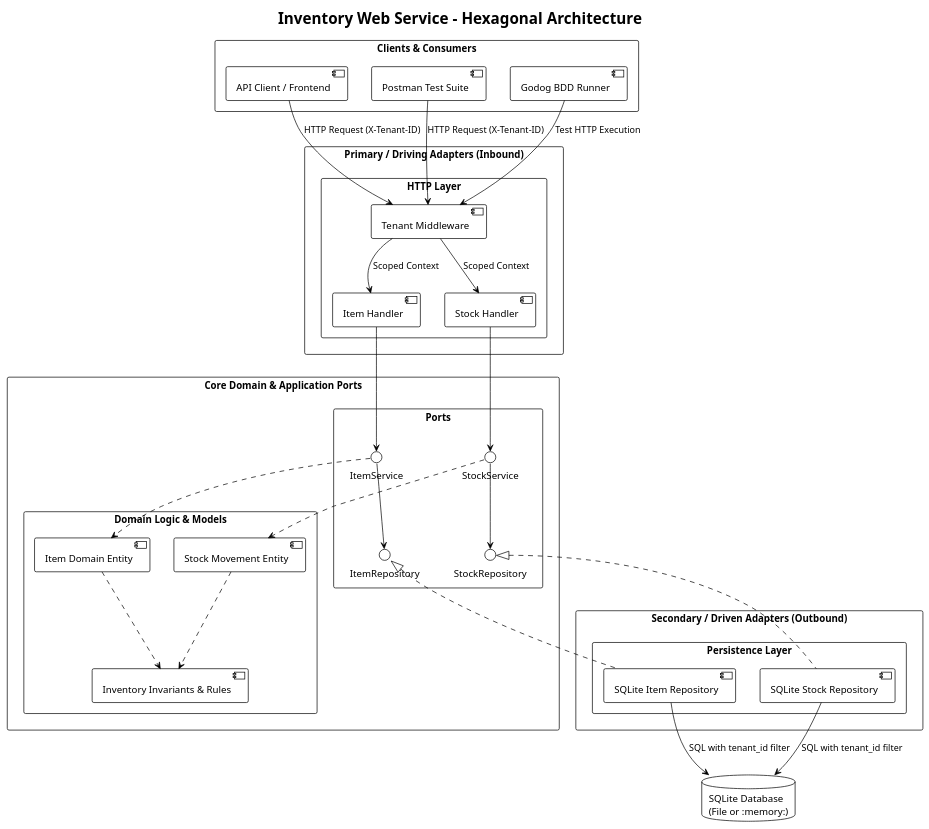
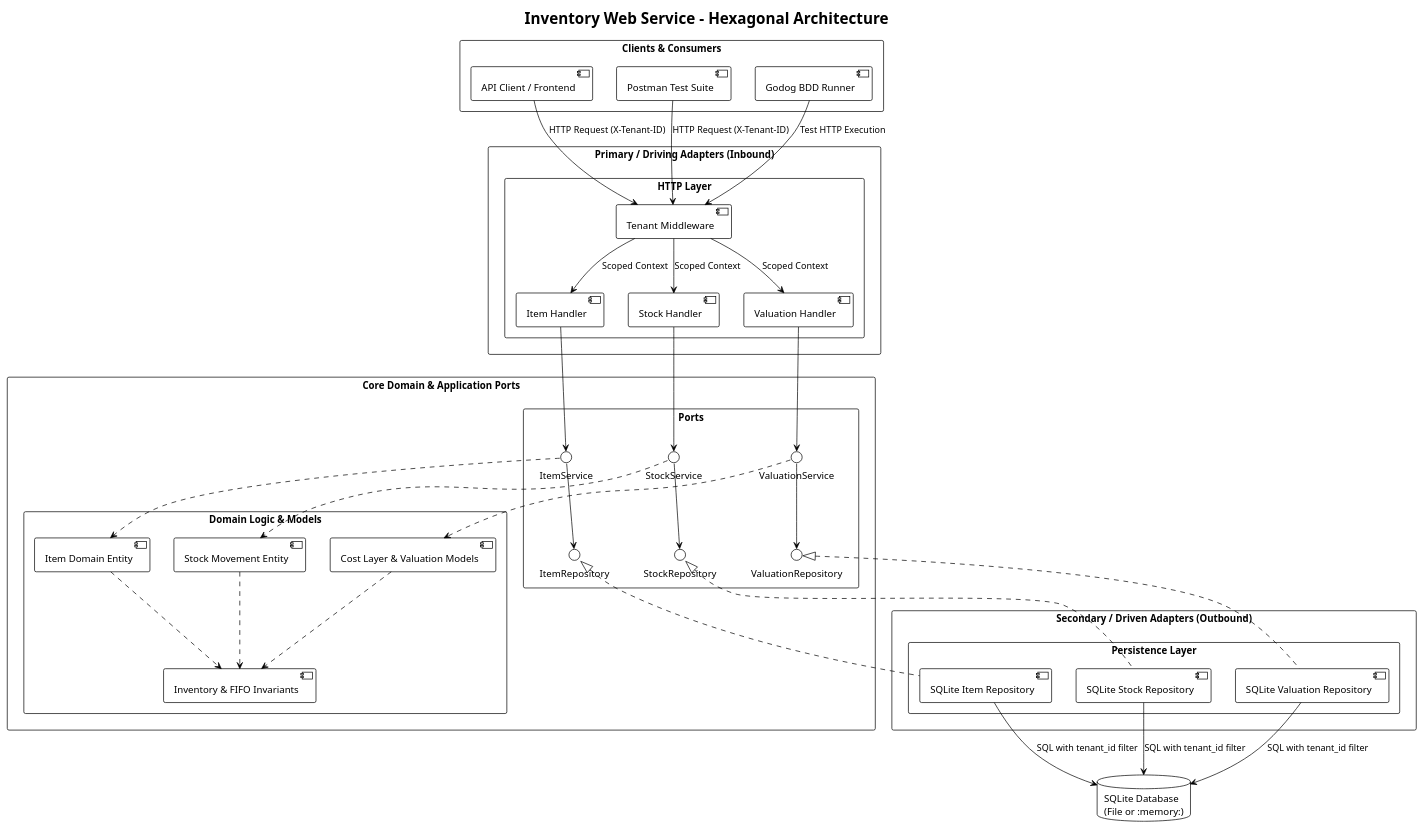
The diagram in documents/diagrams/architecture.puml (ari-fikri/inventory), drawn with PlantUML before and after one commit. The commit also changed 1 other file, not shown here.

Commit message:
docs(diagrams): update architecture and sequence diagrams with valuation engine and COGS flows

```diff
--- a/documents/diagrams/architecture.puml
+++ b/documents/diagrams/architecture.puml
@@ -1,70 +1,82 @@
 @startuml architecture
 !theme plain
 skinparam componentStyle uml2
 skinparam packageStyle rectangle
 
 title Inventory Web Service - Hexagonal Architecture
 
 package "Clients & Consumers" {
     [API Client / Frontend] as Client
     [Postman Test Suite] as Postman
     [Godog BDD Runner] as Godog
 }
 
 package "Primary / Driving Adapters (Inbound)" {
     package "HTTP Layer" {
         [Tenant Middleware] as TenantMW
         [Item Handler] as ItemHandler
         [Stock Handler] as StockHandler
+        [Valuation Handler] as ValuationHandler
     }
 }
 
 package "Core Domain & Application Ports" {
     package "Ports" {
         interface "ItemService" as IItemService
         interface "StockService" as IStockService
+        interface "ValuationService" as IValuationService
         interface "ItemRepository" as IItemRepo
         interface "StockRepository" as IStockRepo
+        interface "ValuationRepository" as IValuationRepo
     }
 
     package "Domain Logic & Models" {
         [Item Domain Entity] as ItemEntity
         [Stock Movement Entity] as StockEntity
-        [Inventory Invariants & Rules] as DomainRules
+        [Cost Layer & Valuation Models] as ValuationEntity
+        [Inventory & FIFO Invariants] as DomainRules
     }
 }
 
 package "Secondary / Driven Adapters (Outbound)" {
     package "Persistence Layer" {
         [SQLite Item Repository] as SqliteItemRepo
         [SQLite Stock Repository] as SqliteStockRepo
+        [SQLite Valuation Repository] as SqliteValuationRepo
     }
 }
 
 database "SQLite Database\n(File or :memory:)" as SQLite
 
 Client --> TenantMW : HTTP Request (X-Tenant-ID)
 Postman --> TenantMW : HTTP Request (X-Tenant-ID)
 Godog --> TenantMW : Test HTTP Execution
 
 TenantMW --> ItemHandler : Scoped Context
 TenantMW --> StockHandler : Scoped Context
+TenantMW --> ValuationHandler : Scoped Context
 
 ItemHandler --> IItemService
 StockHandler --> IStockService
+ValuationHandler --> IValuationService
 
 IItemService ..> ItemEntity
 IStockService ..> StockEntity
+IValuationService ..> ValuationEntity
 ItemEntity ..> DomainRules
 StockEntity ..> DomainRules
+ValuationEntity ..> DomainRules
 
 IItemService --> IItemRepo
 IStockService --> IStockRepo
+IValuationService --> IValuationRepo
 
 SqliteItemRepo .up.|> IItemRepo
 SqliteStockRepo .up.|> IStockRepo
+SqliteValuationRepo .up.|> IValuationRepo
 
 SqliteItemRepo --> SQLite : SQL with tenant_id filter
 SqliteStockRepo --> SQLite : SQL with tenant_id filter
+SqliteValuationRepo --> SQLite : SQL with tenant_id filter
 
 @enduml
```
